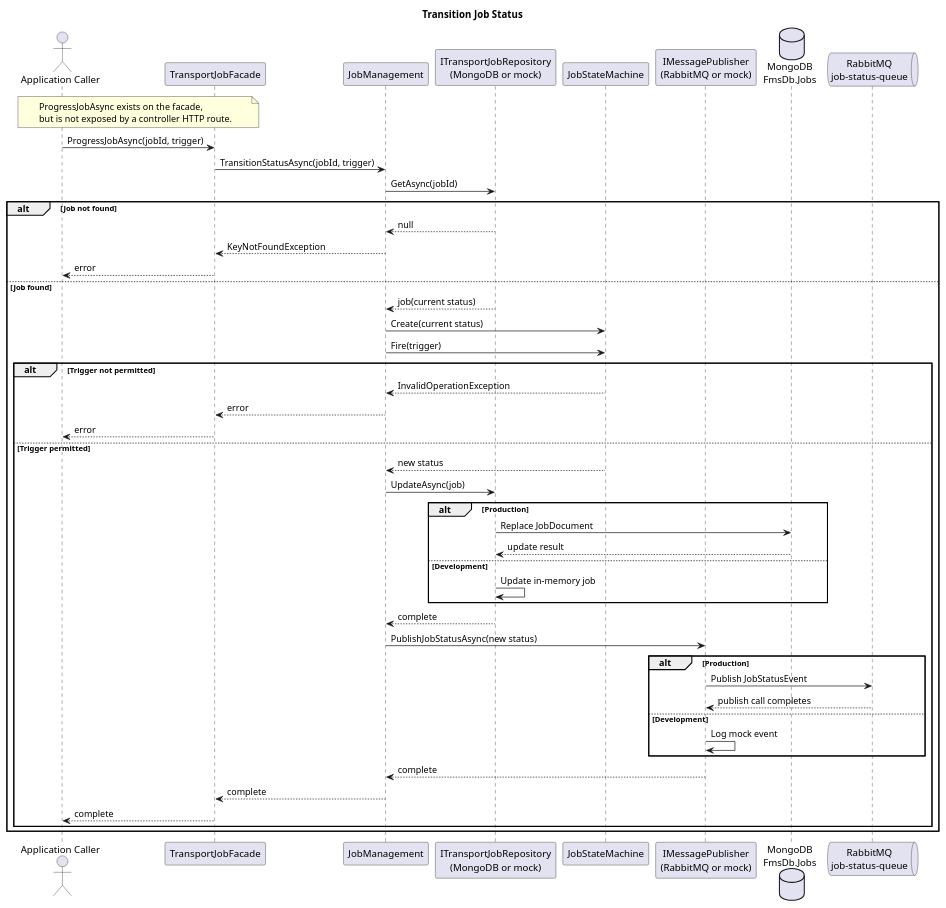
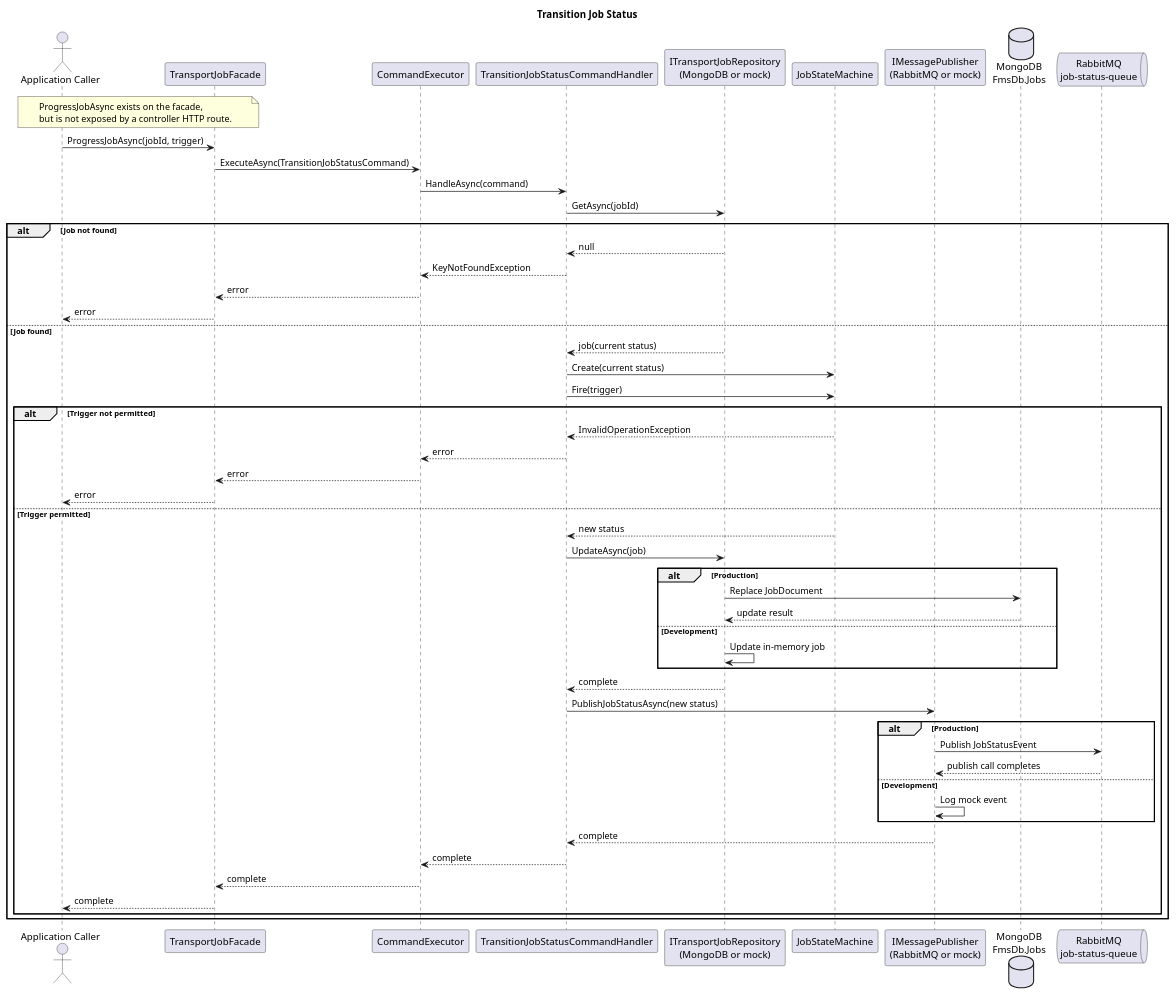
One commit to doradora58/FMS changed the diagram in docs/design/use-cases/transition-job-status/sequence.puml. Above: the diagram before and after it, drawn with PlantUML. The commit also changed 41 other files, not shown here.

```diff
--- a/docs/design/use-cases/transition-job-status/sequence.puml
+++ b/docs/design/use-cases/transition-job-status/sequence.puml
@@ -1,55 +1,60 @@
 @startuml FMS_Transition_Job_Status
 title Transition Job Status
 
 actor "Application Caller" as Caller
 participant "TransportJobFacade" as Facade
-participant "JobManagement" as Management
+participant "CommandExecutor" as Executor
+participant "TransitionJobStatusCommandHandler" as Handler
 participant "ITransportJobRepository\n(MongoDB or mock)" as Repository
 participant "JobStateMachine" as StateMachine
 participant "IMessagePublisher\n(RabbitMQ or mock)" as Publisher
 database "MongoDB\nFmsDb.Jobs" as Mongo
 queue "RabbitMQ\njob-status-queue" as Rabbit
 
 note over Caller,Facade
   ProgressJobAsync exists on the facade,
   but is not exposed by a controller HTTP route.
 end note
 
 Caller -> Facade : ProgressJobAsync(jobId, trigger)
-Facade -> Management : TransitionStatusAsync(jobId, trigger)
-Management -> Repository : GetAsync(jobId)
+Facade -> Executor : ExecuteAsync(TransitionJobStatusCommand)
+Executor -> Handler : HandleAsync(command)
+Handler -> Repository : GetAsync(jobId)
 alt Job not found
-  Repository --> Management : null
-  Management --> Facade : KeyNotFoundException
+  Repository --> Handler : null
+  Handler --> Executor : KeyNotFoundException
+  Executor --> Facade : error
   Facade --> Caller : error
 else Job found
-  Repository --> Management : job(current status)
-  Management -> StateMachine : Create(current status)
-  Management -> StateMachine : Fire(trigger)
+  Repository --> Handler : job(current status)
+  Handler -> StateMachine : Create(current status)
+  Handler -> StateMachine : Fire(trigger)
   alt Trigger not permitted
-    StateMachine --> Management : InvalidOperationException
-    Management --> Facade : error
+    StateMachine --> Handler : InvalidOperationException
+    Handler --> Executor : error
+    Executor --> Facade : error
     Facade --> Caller : error
   else Trigger permitted
-    StateMachine --> Management : new status
-    Management -> Repository : UpdateAsync(job)
+    StateMachine --> Handler : new status
+    Handler -> Repository : UpdateAsync(job)
     alt Production
       Repository -> Mongo : Replace JobDocument
       Mongo --> Repository : update result
     else Development
       Repository -> Repository : Update in-memory job
     end
-    Repository --> Management : complete
-    Management -> Publisher : PublishJobStatusAsync(new status)
+    Repository --> Handler : complete
+    Handler -> Publisher : PublishJobStatusAsync(new status)
     alt Production
       Publisher -> Rabbit : Publish JobStatusEvent
       Rabbit --> Publisher : publish call completes
     else Development
       Publisher -> Publisher : Log mock event
     end
-    Publisher --> Management : complete
-    Management --> Facade : complete
+    Publisher --> Handler : complete
+    Handler --> Executor : complete
+    Executor --> Facade : complete
     Facade --> Caller : complete
   end
 end
 @enduml
```
